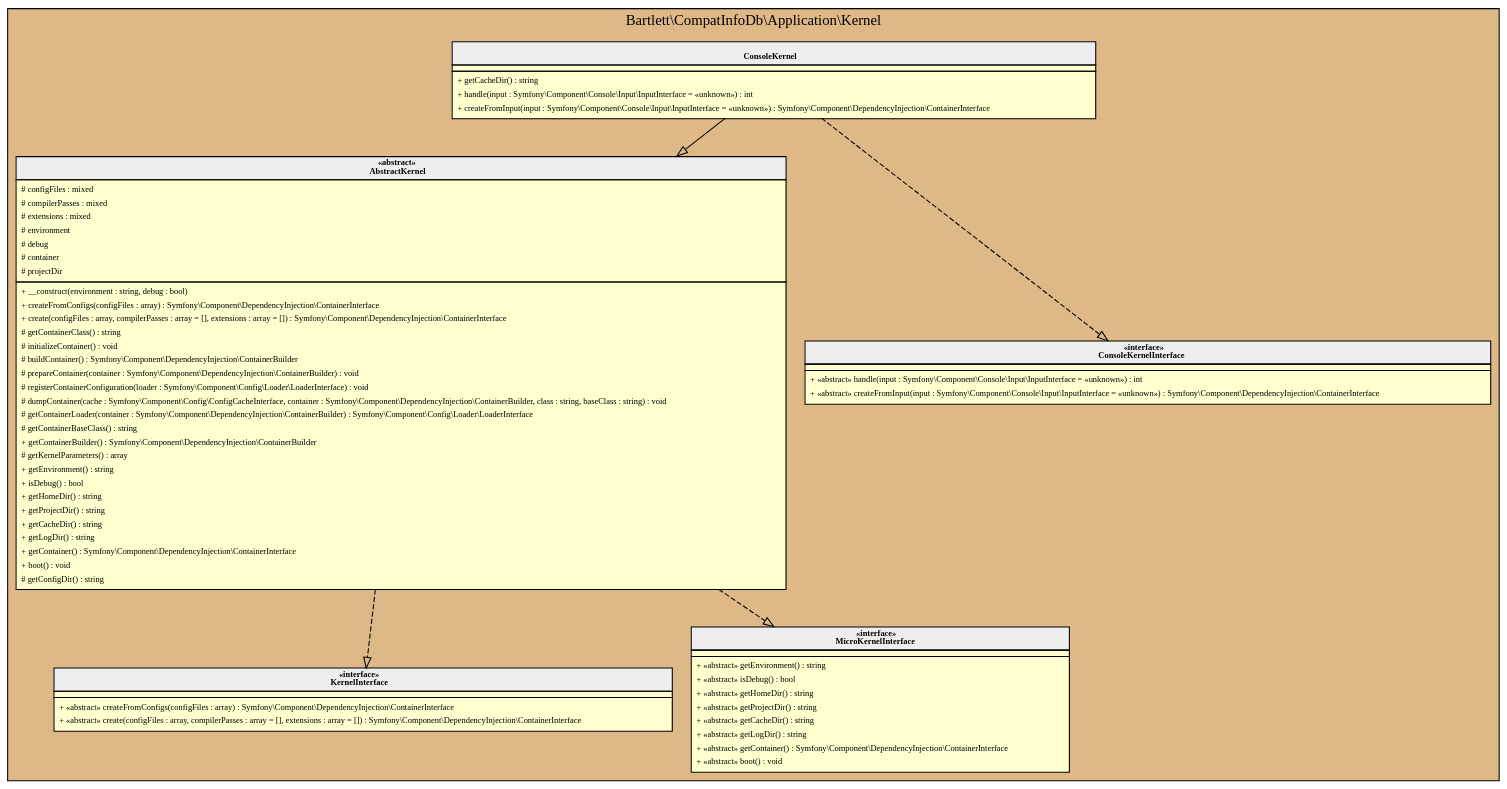
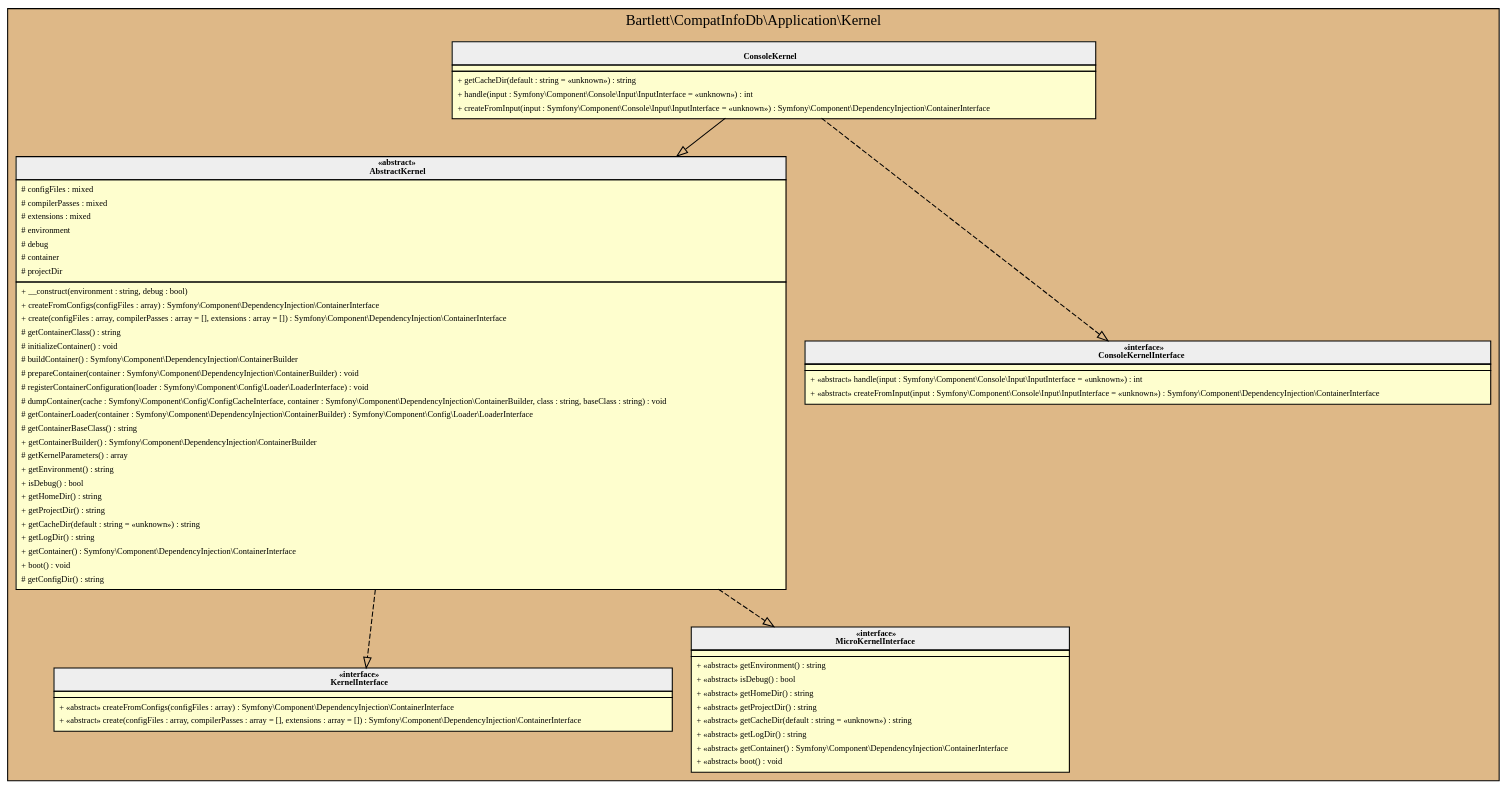
Before and after one commit to llaville/php-compatinfo-db: the diagram in 6.2/assets/images/kernel_application.html.gv, drawn with Graphviz. The commit also changed 33 other files, not shown here.

```diff
--- a/6.2/assets/images/kernel_application.html.gv
+++ b/6.2/assets/images/kernel_application.html.gv
@@ -1,93 +1,93 @@
 digraph {
   graph [name="G" overlap="false" rankdir="TB" bgcolor="transparent"]
   node [fontname="Verdana" fontsize=8 shape="none" margin=0 fillcolor="#FEFECE" style="filled"]
   edge [fontname="Verdana" fontsize=8]
   subgraph cluster_0 {
     graph [bgcolor="BurlyWood"]
     label = "Bartlett\\CompatInfoDb\\Application\\Kernel"
     "Bartlett\\CompatInfoDb\\Application\\Kernel\\ConsoleKernel" [shape="none" label=<
 <table cellspacing="0" border="0" cellborder="1">
     <tr><td bgcolor="#eeeeee"><b><br/>ConsoleKernel</b></td></tr>
     <tr><td></td></tr>
     <tr><td><table border="0" cellspacing="0" cellpadding="2">
-    <tr><td align="left">+ getCacheDir() : string</td></tr>
+    <tr><td align="left">+ getCacheDir(default : string = «unknown») : string</td></tr>
     <tr><td align="left">+ handle(input : Symfony\\Component\\Console\\Input\\InputInterface = «unknown») : int</td></tr>
     <tr><td align="left">+ createFromInput(input : Symfony\\Component\\Console\\Input\\InputInterface = «unknown») : Symfony\\Component\\DependencyInjection\\ContainerInterface</td></tr>
 </table></td></tr>
 </table>>]
     "Bartlett\\CompatInfoDb\\Application\\Kernel\\AbstractKernel" [shape="none" label=<
 <table cellspacing="0" border="0" cellborder="1">
     <tr><td bgcolor="#eeeeee"><b>«abstract»<br/>AbstractKernel</b></td></tr>
     <tr><td><table border="0" cellspacing="0" cellpadding="2">
     <tr><td align="left"># configFiles : mixed</td></tr>
     <tr><td align="left"># compilerPasses : mixed</td></tr>
     <tr><td align="left"># extensions : mixed</td></tr>
     <tr><td align="left"># environment</td></tr>
     <tr><td align="left"># debug</td></tr>
     <tr><td align="left"># container</td></tr>
     <tr><td align="left"># projectDir</td></tr>
 </table></td></tr>
     <tr><td><table border="0" cellspacing="0" cellpadding="2">
     <tr><td align="left">+ __construct(environment : string, debug : bool)</td></tr>
     <tr><td align="left">+ createFromConfigs(configFiles : array) : Symfony\\Component\\DependencyInjection\\ContainerInterface</td></tr>
     <tr><td align="left">+ create(configFiles : array, compilerPasses : array = [], extensions : array = []) : Symfony\\Component\\DependencyInjection\\ContainerInterface</td></tr>
     <tr><td align="left"># getContainerClass() : string</td></tr>
     <tr><td align="left"># initializeContainer() : void</td></tr>
     <tr><td align="left"># buildContainer() : Symfony\\Component\\DependencyInjection\\ContainerBuilder</td></tr>
     <tr><td align="left"># prepareContainer(container : Symfony\\Component\\DependencyInjection\\ContainerBuilder) : void</td></tr>
     <tr><td align="left"># registerContainerConfiguration(loader : Symfony\\Component\\Config\\Loader\\LoaderInterface) : void</td></tr>
     <tr><td align="left"># dumpContainer(cache : Symfony\\Component\\Config\\ConfigCacheInterface, container : Symfony\\Component\\DependencyInjection\\ContainerBuilder, class : string, baseClass : string) : void</td></tr>
     <tr><td align="left"># getContainerLoader(container : Symfony\\Component\\DependencyInjection\\ContainerBuilder) : Symfony\\Component\\Config\\Loader\\LoaderInterface</td></tr>
     <tr><td align="left"># getContainerBaseClass() : string</td></tr>
     <tr><td align="left">+ getContainerBuilder() : Symfony\\Component\\DependencyInjection\\ContainerBuilder</td></tr>
     <tr><td align="left"># getKernelParameters() : array</td></tr>
     <tr><td align="left">+ getEnvironment() : string</td></tr>
     <tr><td align="left">+ isDebug() : bool</td></tr>
     <tr><td align="left">+ getHomeDir() : string</td></tr>
     <tr><td align="left">+ getProjectDir() : string</td></tr>
-    <tr><td align="left">+ getCacheDir() : string</td></tr>
+    <tr><td align="left">+ getCacheDir(default : string = «unknown») : string</td></tr>
     <tr><td align="left">+ getLogDir() : string</td></tr>
     <tr><td align="left">+ getContainer() : Symfony\\Component\\DependencyInjection\\ContainerInterface</td></tr>
     <tr><td align="left">+ boot() : void</td></tr>
     <tr><td align="left"># getConfigDir() : string</td></tr>
 </table></td></tr>
 </table>>]
     "Bartlett\\CompatInfoDb\\Application\\Kernel\\KernelInterface" [shape="none" label=<
 <table cellspacing="0" border="0" cellborder="1">
     <tr><td bgcolor="#eeeeee"><b>«interface»<br/>KernelInterface</b></td></tr>
     <tr><td></td></tr>
     <tr><td><table border="0" cellspacing="0" cellpadding="2">
     <tr><td align="left">+ «abstract» createFromConfigs(configFiles : array) : Symfony\\Component\\DependencyInjection\\ContainerInterface</td></tr>
     <tr><td align="left">+ «abstract» create(configFiles : array, compilerPasses : array = [], extensions : array = []) : Symfony\\Component\\DependencyInjection\\ContainerInterface</td></tr>
 </table></td></tr>
 </table>>]
     "Bartlett\\CompatInfoDb\\Application\\Kernel\\MicroKernelInterface" [shape="none" label=<
 <table cellspacing="0" border="0" cellborder="1">
     <tr><td bgcolor="#eeeeee"><b>«interface»<br/>MicroKernelInterface</b></td></tr>
     <tr><td></td></tr>
     <tr><td><table border="0" cellspacing="0" cellpadding="2">
     <tr><td align="left">+ «abstract» getEnvironment() : string</td></tr>
     <tr><td align="left">+ «abstract» isDebug() : bool</td></tr>
     <tr><td align="left">+ «abstract» getHomeDir() : string</td></tr>
     <tr><td align="left">+ «abstract» getProjectDir() : string</td></tr>
-    <tr><td align="left">+ «abstract» getCacheDir() : string</td></tr>
+    <tr><td align="left">+ «abstract» getCacheDir(default : string = «unknown») : string</td></tr>
     <tr><td align="left">+ «abstract» getLogDir() : string</td></tr>
     <tr><td align="left">+ «abstract» getContainer() : Symfony\\Component\\DependencyInjection\\ContainerInterface</td></tr>
     <tr><td align="left">+ «abstract» boot() : void</td></tr>
 </table></td></tr>
 </table>>]
     "Bartlett\\CompatInfoDb\\Application\\Kernel\\ConsoleKernelInterface" [shape="none" label=<
 <table cellspacing="0" border="0" cellborder="1">
     <tr><td bgcolor="#eeeeee"><b>«interface»<br/>ConsoleKernelInterface</b></td></tr>
     <tr><td></td></tr>
     <tr><td><table border="0" cellspacing="0" cellpadding="2">
     <tr><td align="left">+ «abstract» handle(input : Symfony\\Component\\Console\\Input\\InputInterface = «unknown») : int</td></tr>
     <tr><td align="left">+ «abstract» createFromInput(input : Symfony\\Component\\Console\\Input\\InputInterface = «unknown») : Symfony\\Component\\DependencyInjection\\ContainerInterface</td></tr>
 </table></td></tr>
 </table>>]
   }
   "Bartlett\\CompatInfoDb\\Application\\Kernel\\AbstractKernel" -> "Bartlett\\CompatInfoDb\\Application\\Kernel\\KernelInterface" [arrowhead="empty" style="dashed"]
   "Bartlett\\CompatInfoDb\\Application\\Kernel\\AbstractKernel" -> "Bartlett\\CompatInfoDb\\Application\\Kernel\\MicroKernelInterface" [arrowhead="empty" style="dashed"]
   "Bartlett\\CompatInfoDb\\Application\\Kernel\\ConsoleKernel" -> "Bartlett\\CompatInfoDb\\Application\\Kernel\\AbstractKernel" [arrowhead="empty" style="filled"]
   "Bartlett\\CompatInfoDb\\Application\\Kernel\\ConsoleKernel" -> "Bartlett\\CompatInfoDb\\Application\\Kernel\\ConsoleKernelInterface" [arrowhead="empty" style="dashed"]
 }
```
